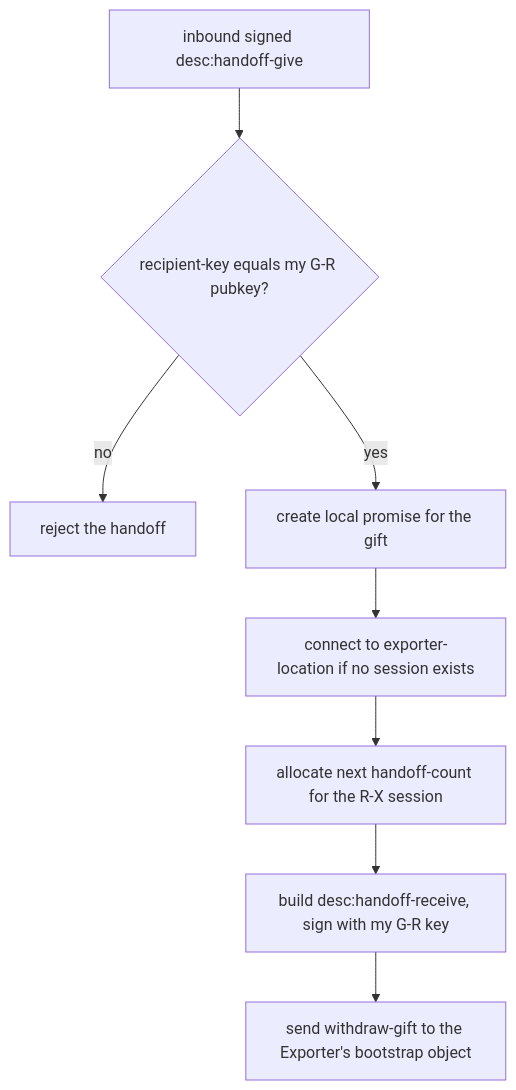
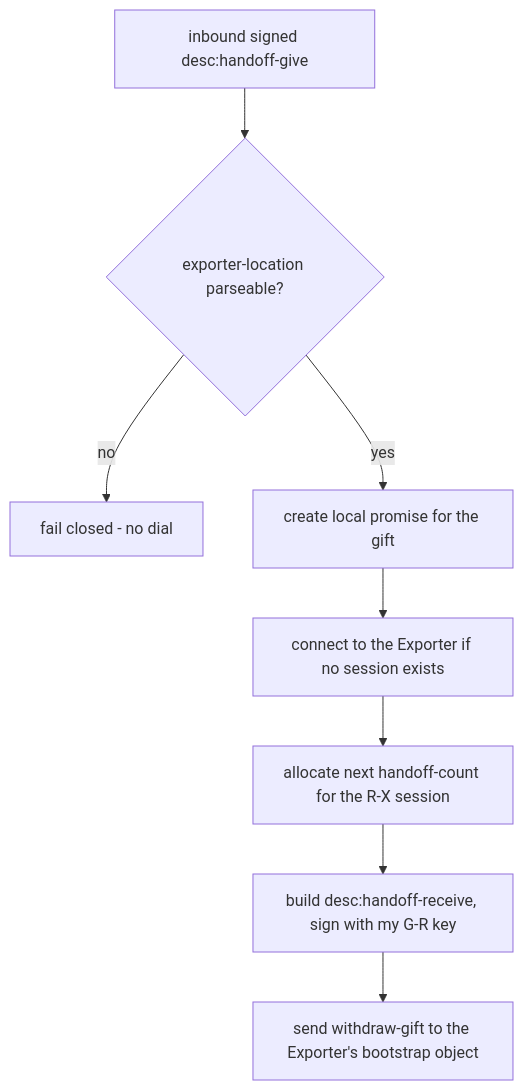
The fifth of 8 diagrams in docs/protocol-diagrams/06-handoffs.md (glowcap-org/glowcap), drawn with Mermaid before and after one commit. The commit also changed other lines of this file and 419 other files, not shown here.

````diff
--- a/docs/protocol-diagrams/06-handoffs.md
+++ b/docs/protocol-diagrams/06-handoffs.md
@@ -76,10 +81,10 @@
 ```mermaid
 flowchart TD
-    IN["inbound signed desc:handoff-give"] --> CK{"recipient-key equals my G-R pubkey?"}
-    CK -->|no| REJ["reject the handoff"]
-    CK -->|yes| PR["create local promise for the gift"]
-    PR --> CONN["connect to exporter-location if no session exists"]
+    IN["inbound signed desc:handoff-give"] --> LOC{"exporter-location parseable?"}
+    LOC -->|no| REJ["fail closed - no dial"]
+    LOC -->|yes| PR["create local promise for the gift"]
+    PR --> CONN["connect to the Exporter if no session exists"]
     CONN --> CNT["allocate next handoff-count for the R-X session"]
     CNT --> HR["build desc:handoff-receive, sign with my G-R key"]
     HR --> WD["send withdraw-gift to the Exporter's bootstrap object"]
 ```
````
